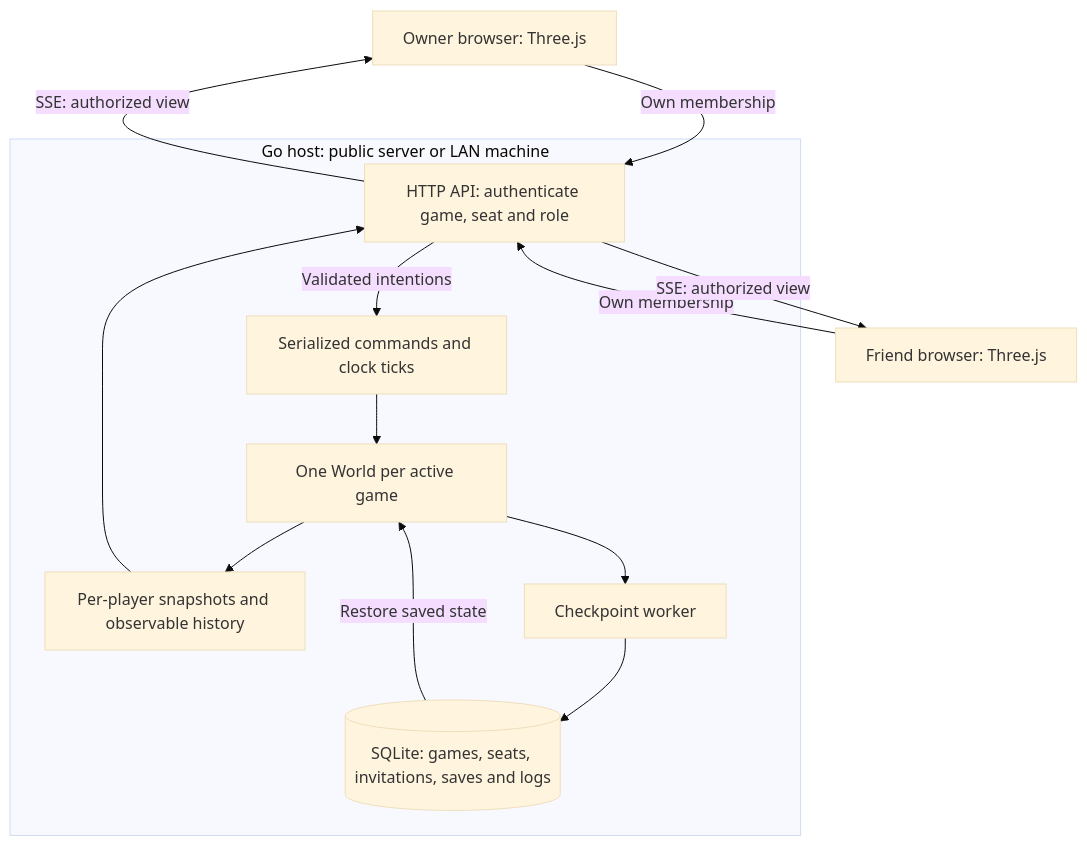
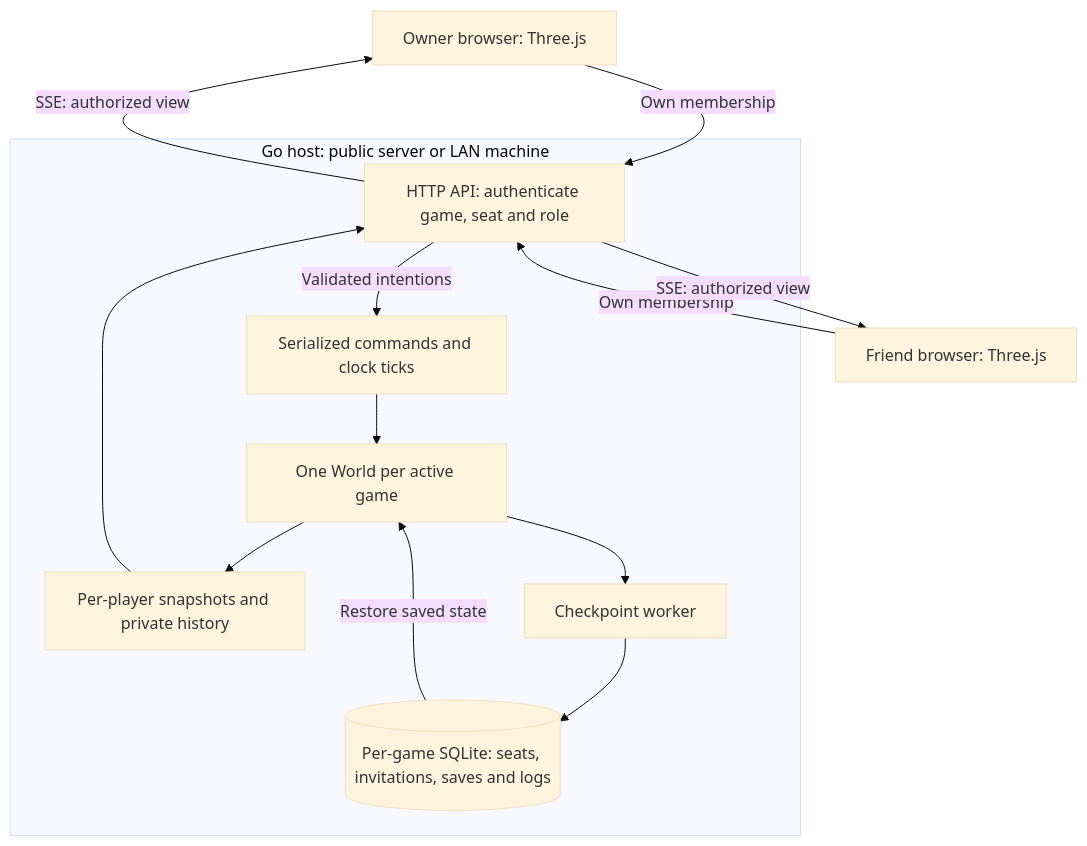
One commit to jakthom/ai-of-empires changed the second of 4 diagrams in docs/MULTIPLAYER.md. Above: the diagram before and after it, drawn with Mermaid (base theme). The commit also changed other lines of this file and 58 other files, not shown here.

Commit message:
Add portable game databases, private logs, resource charts and wall dragging

````diff
--- a/docs/MULTIPLAYER.md
+++ b/docs/MULTIPLAYER.md
@@ -57,17 +57,17 @@
 ```mermaid
 flowchart TD
     Owner[Owner browser: Three.js] -->|Own membership| API
     Friend[Friend browser: Three.js] -->|Own membership| API
     subgraph Host[Go host: public server or LAN machine]
         API[HTTP API: authenticate game, seat and role]
         API -->|Validated intentions| Queue[Serialized commands and clock ticks]
         Queue --> Simulation[One World per active game]
-        Simulation --> Views[Per-player snapshots and observable history]
+        Simulation --> Views[Per-player snapshots and private history]
         Views --> API
         Simulation --> Save[Checkpoint worker]
-        Save --> DB[(SQLite: games, seats, invitations, saves and logs)]
+        Save --> DB[(Per-game SQLite: seats, invitations, saves and logs)]
         DB -->|Restore saved state| Simulation
     end
     API -->|SSE: authorized view| Owner
     API -->|SSE: authorized view| Friend
 ```
````
